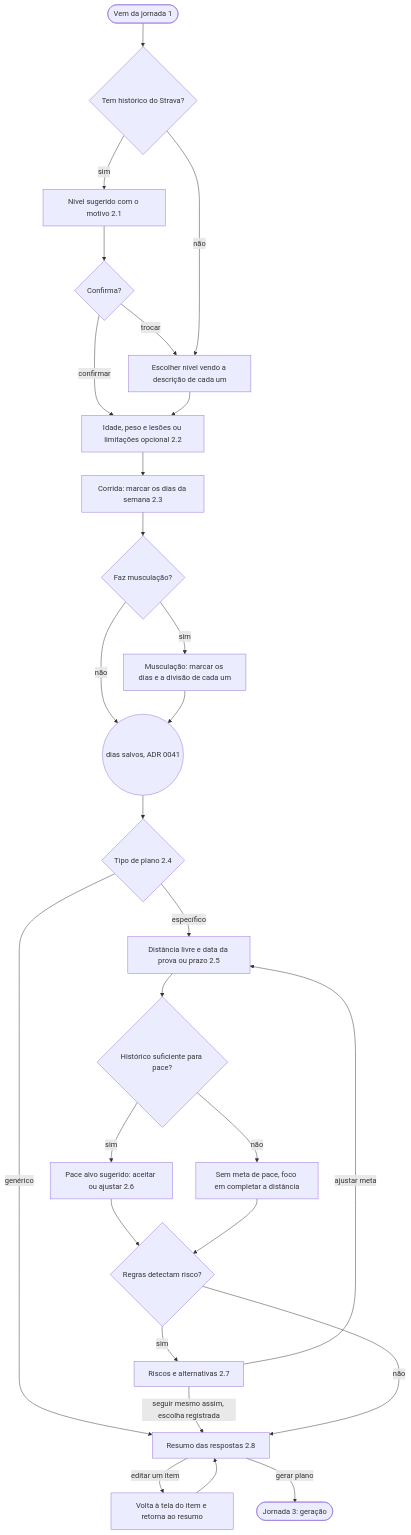
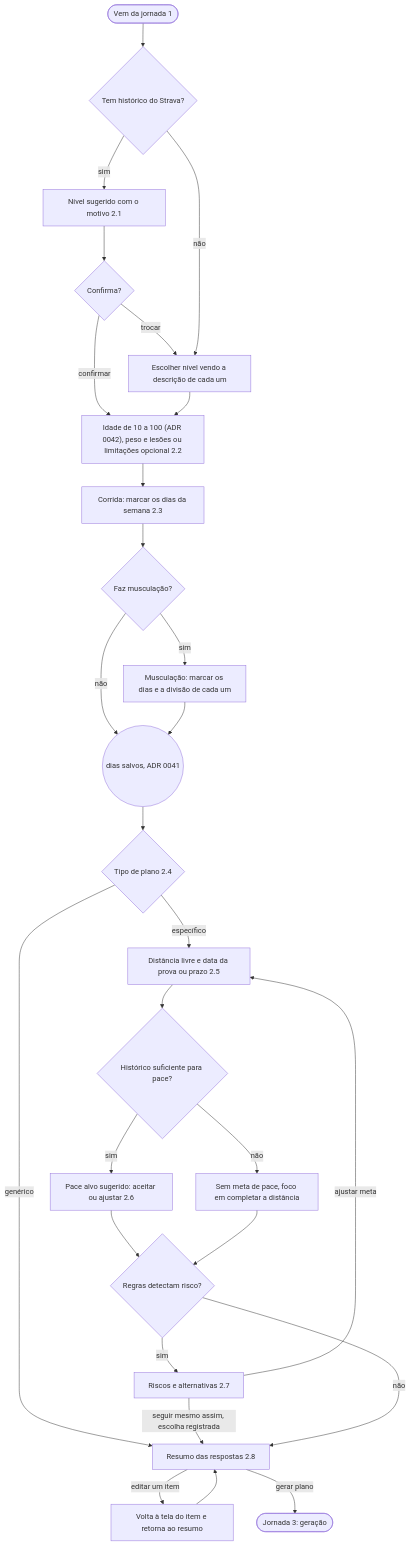
The second of 2 diagrams in docs/fluxos.md (cruzvini/app-corrida), drawn with Mermaid before and after one commit. The commit also changed 3 other files, not shown here.

Commit message:
docs: ADR 0042 - idade sem limite mínimo

````diff
--- a/docs/fluxos.md
+++ b/docs/fluxos.md
@@ -44,30 +44,30 @@
 ```mermaid
 flowchart TD
   A([Vem da jornada 1]) --> B{Tem histórico do Strava?}
   B -- sim --> C[Nível sugerido com o motivo 2.1]
   C --> C1{Confirma?}
   C1 -- trocar --> D
   C1 -- confirmar --> E
   B -- não --> D[Escolher nível vendo a descrição de cada um]
-  D --> E[Idade, peso e lesões ou limitações opcional 2.2]
+  D --> E["Idade de 10 a 100 (ADR 0042), peso e lesões ou limitações opcional 2.2"]
   E --> F[Corrida: marcar os dias da semana 2.3]
   F --> G{Faz musculação?}
   G -- sim --> G1[Musculação: marcar os dias e a divisão de cada um]
   G -- não --> DIAS
   G1 --> DIAS
   DIAS((dias salvos, ADR 0041)) --> H{Tipo de plano 2.4}
   H -- genérico --> R
   H -- específico --> I[Distância livre e data da prova ou prazo 2.5]
   I --> J{Histórico suficiente para pace?}
   J -- sim --> J1[Pace alvo sugerido: aceitar ou ajustar 2.6]
   J -- não --> J2[Sem meta de pace, foco em completar a distância]
   J1 --> K{Regras detectam risco?}
   J2 --> K
   K -- sim --> K1[Riscos e alternativas 2.7]
   K1 -- ajustar meta --> I
   K1 -- seguir mesmo assim, escolha registrada --> R
   K -- não --> R[Resumo das respostas 2.8]
   R -- editar um item --> EDIT[Volta à tela do item e retorna ao resumo]
   EDIT --> R
   R -- gerar plano --> GER([Jornada 3: geração])
 ```
````
